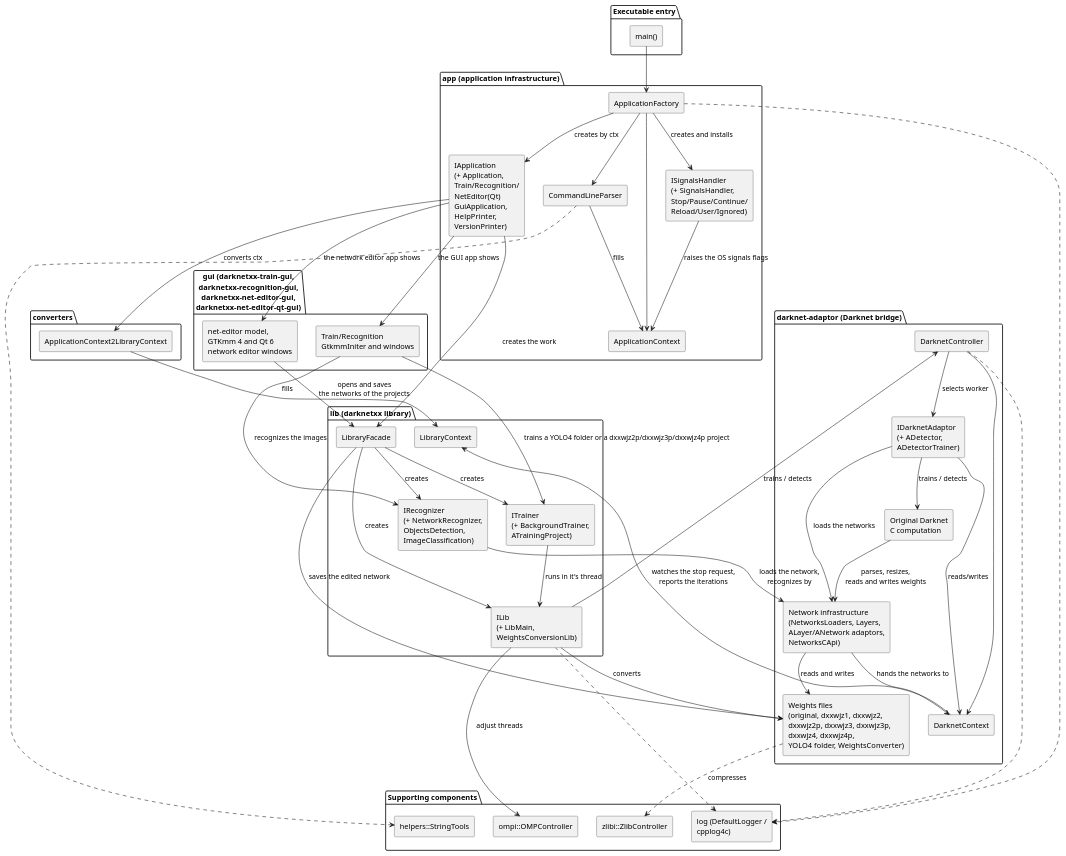
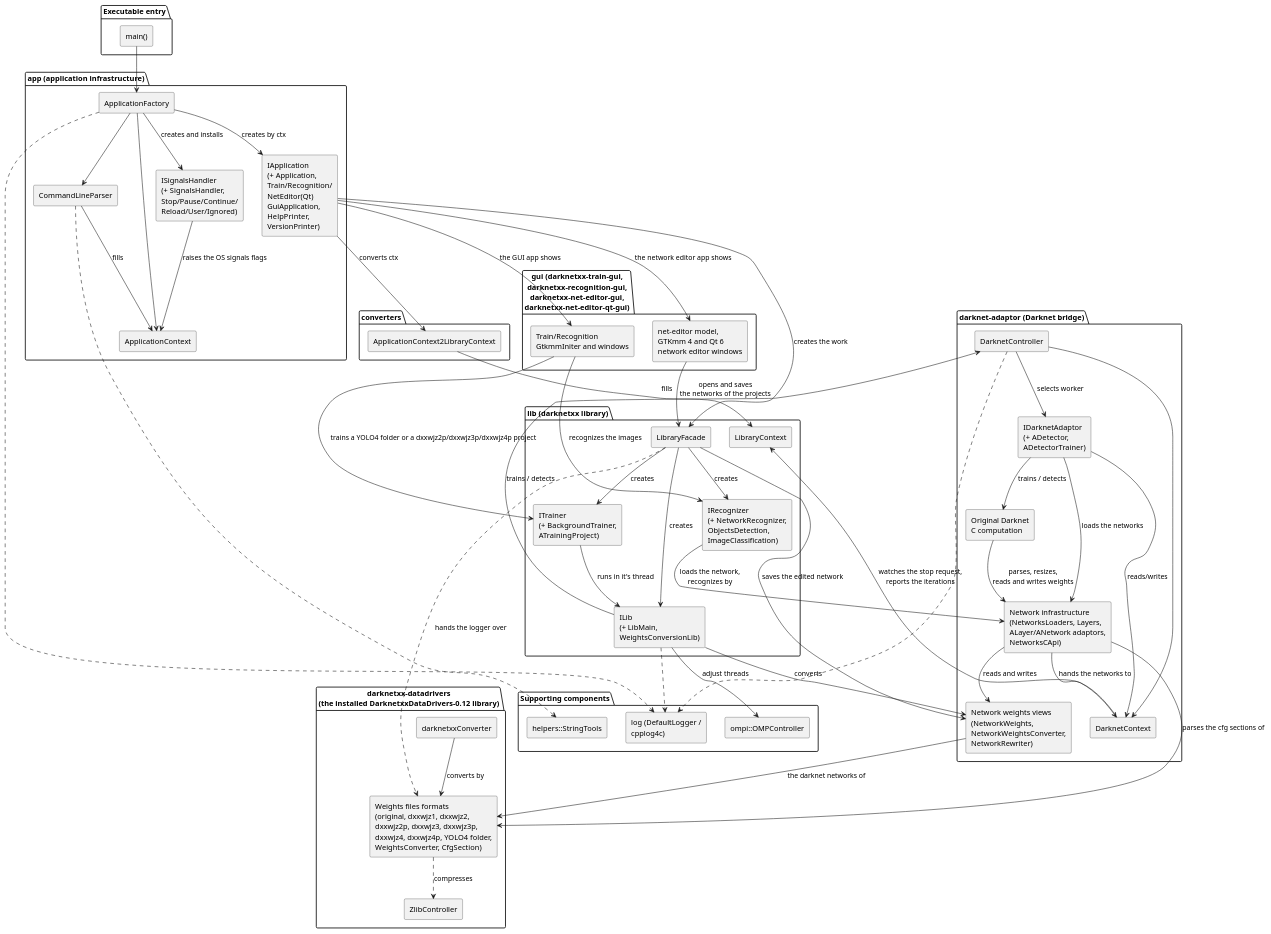
One commit to yuriysydor1991/darknetxx changed the diagram in doc/sections/en_US/4-7-components-and-architecture.md. Above: the diagram before and after it, drawn with PlantUML. The commit also changed other lines of this file and 68 other files, not shown here.

First line of the commit message:
docs: document the darknetxx-datadrivers library the project depends on

```diff
--- a/doc/sections/en_US/4-7-components-and-architecture.md
+++ b/doc/sections/en_US/4-7-components-and-architecture.md
@@ -92,15 +93,20 @@
   [DarknetContext] as dctx
   [IDarknetAdaptor\n(+ ADetector,\nADetectorTrainer)] as adaptor
   [Network infrastructure\n(NetworksLoaders, Layers,\nALayer/ANetwork adaptors,\nNetworksCApi)] as netinfra
-  [Weights files\n(original, dxxwjz1, dxxwjz2,\ndxxwjz2p, dxxwjz3, dxxwjz3p,\ndxxwjz4, dxxwjz4p,\nYOLO4 folder, WeightsConverter)] as weights
+  [Network weights views\n(NetworkWeights,\nNetworkWeightsConverter,\nNetworkRewriter)] as weights
   [Original Darknet\nC computation] as darknetc
+}
+
+package "darknetxx-datadrivers\n(the installed DarknetxxDataDrivers-0.12 library)" {
+  [Weights files formats\n(original, dxxwjz1, dxxwjz2,\ndxxwjz2p, dxxwjz3, dxxwjz3p,\ndxxwjz4, dxxwjz4p, YOLO4 folder,\nWeightsConverter, CfgSection)] as formats
+  [ZlibController] as zlib
+  [darknetxxConverter] as dxxconv
 }
 
 package "Supporting components" {
   [ompi::OMPController] as omp
   [log (DefaultLogger /\ncpplog4c)] as log
   [helpers::StringTools] as helpers
-  [zlibi::ZlibController] as zlib
 }
 
 main --> factory
@@ -136,7 +142,11 @@
 adaptor --> darknetc : trains / detects
 darknetc --> netinfra : parses, resizes,\nreads and writes weights
 netinfra --> weights : reads and writes
-weights ..> zlib : compresses
+netinfra --> formats : parses the cfg sections of
+weights --> formats : the darknet networks of
+facade ..> formats : hands the logger over
+dxxconv --> formats : converts by
+formats ..> zlib : compresses
 factory ..> log
 ilib ..> log
 dctrl ..> log
```
